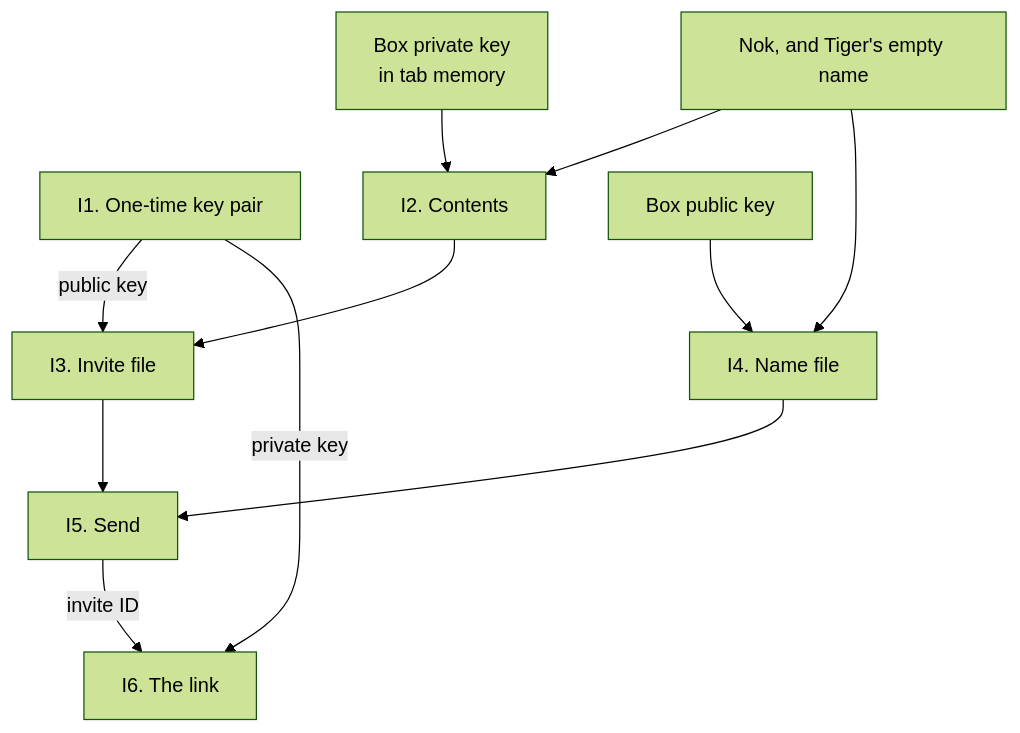
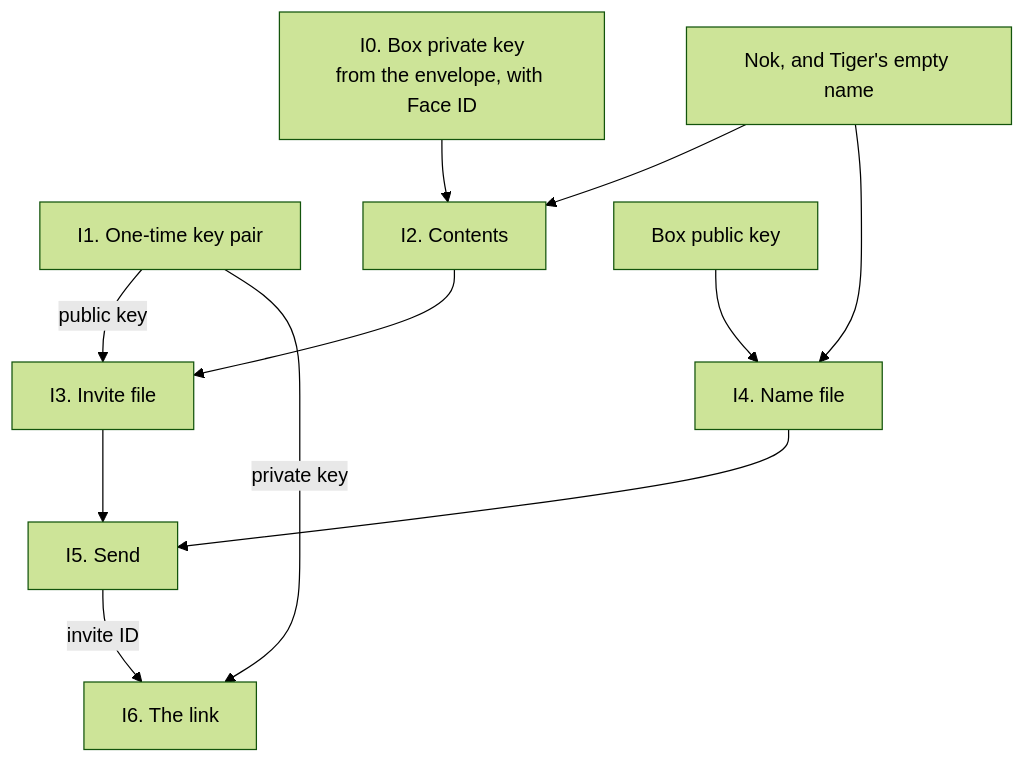
The second of 2 diagrams in docs/04-create-invite.md (intaniger/secretbox), drawn with Mermaid (forest theme) before and after one commit. The commit also changed other lines of this file and 15 other files, not shown here.

````diff
--- a/docs/04-create-invite.md
+++ b/docs/04-create-invite.md
@@ -46,13 +51,13 @@
 ```mermaid
 flowchart TD
   I1["I1. One-time key pair"] -->|public key| I3["I3. Invite file"]
-  BK["Box private key<br/>in tab memory"] --> I2["I2. Contents"]
+  BK["I0. Box private key<br/>from the envelope, with Face ID"] --> I2["I2. Contents"]
   NM["Nok, and Tiger's empty name"] --> I2
   I2 --> I3
   NM --> I4["I4. Name file"]
   BP["Box public key"] --> I4
   I3 --> I5["I5. Send"]
   I4 --> I5
   I5 -->|invite ID| I6["I6. The link"]
   I1 -->|private key| I6
 ```
````
